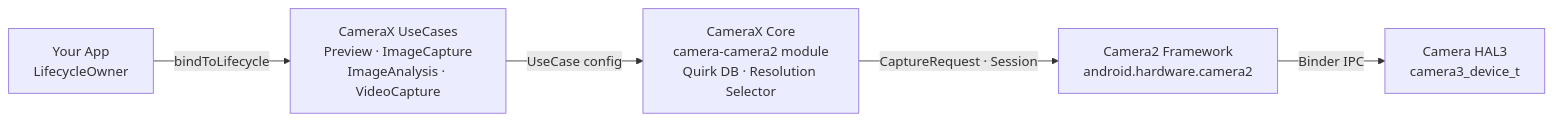
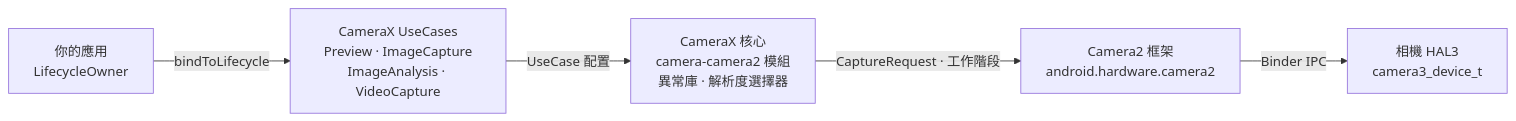
One commit to zoozooll/AndroidCameraParameters changed the first of 2 diagrams in website/i18n/zh-Hant/docusaurus-plugin-content-docs/current/camera2/camerax.md. Above: the diagram before and after it, drawn with Mermaid. The commit also changed other lines of this file and 378 other files, not shown here.

Commit message:
Update Android Camera Parameters repository links across localized Camera2 documentation

````diff
--- a/website/i18n/zh-Hant/docusaurus-plugin-content-docs/current/camera2/camerax.md
+++ b/website/i18n/zh-Hant/docusaurus-plugin-content-docs/current/camera2/camerax.md
@@ -63,7 +63,7 @@
 ```mermaid
 graph LR
-    App[Your App<br/>LifecycleOwner] -->|bindToLifecycle| UC[CameraX UseCases<br/>Preview · ImageCapture<br/>ImageAnalysis · VideoCapture]
-    UC -->|UseCase config| CX[CameraX Core<br/>camera-camera2 module<br/>Quirk DB · Resolution Selector]
-    CX -->|CaptureRequest · Session| C2[Camera2 Framework<br/>android.hardware.camera2]
-    C2 -->|Binder IPC| HAL[Camera HAL3<br/>camera3_device_t]
+    App["你的應用<br/>LifecycleOwner"] -->|bindToLifecycle| UC["CameraX UseCases<br/>Preview · ImageCapture<br/>ImageAnalysis · VideoCapture"]
+    UC -->|UseCase 配置| CX[CameraX 核心<br/>camera-camera2 模組<br/>異常庫 · 解析度選擇器]
+    CX -->|CaptureRequest · 工作階段| C2[Camera2 框架<br/>android.hardware.camera2]
+    C2 -->|Binder IPC| HAL[相機 HAL3<br/>camera3_device_t]
 ```
````
